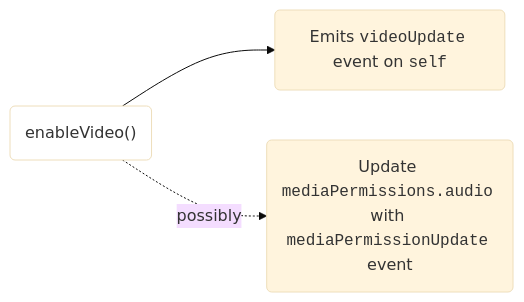
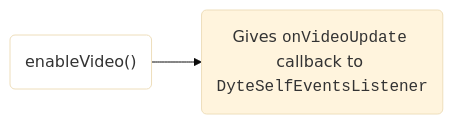
The second of 2 diagrams in docs/android-core-new/pre-call/1-media-preview.mdx (dyte-io/docs), drawn with Mermaid (base theme) before and after one commit. The commit also changed other lines of this file and 6 other files, not shown here.

````diff
--- a/docs/android-core-new/pre-call/1-media-preview.mdx
+++ b/docs/android-core-new/pre-call/1-media-preview.mdx
@@ -62,9 +63,8 @@
 ```mermaid
 flowchart LR
     classDef basic fill:white;
 
-    eam("enableVideo()") --> success("Emits <code>videoUpdate</code> event on <code>self</code>")
-    eam -. possibly .-> indirect("Update <code>mediaPermissions.audio</code> with <code>mediaPermissionUpdate</code> event")
+    eam("enableVideo()") --> success("Gives <code>onVideoUpdate</code> callback to <code>DyteSelfEventsListener</code>")
 
     class eam basic;
 ```
````
